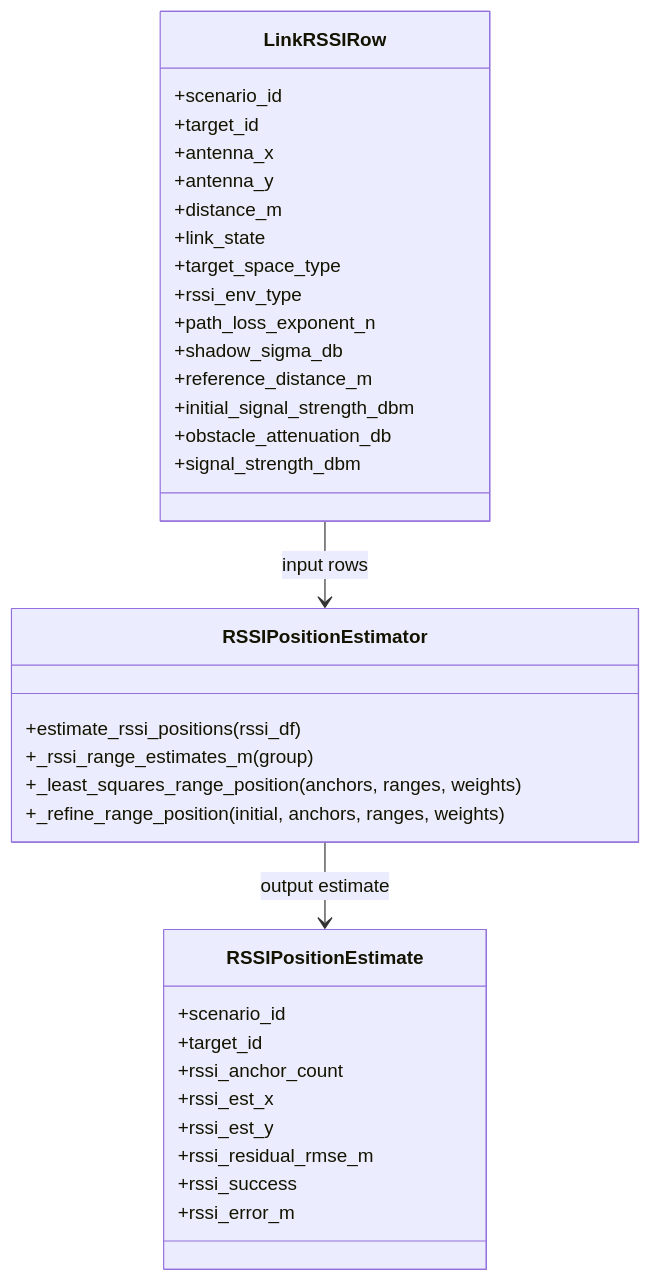
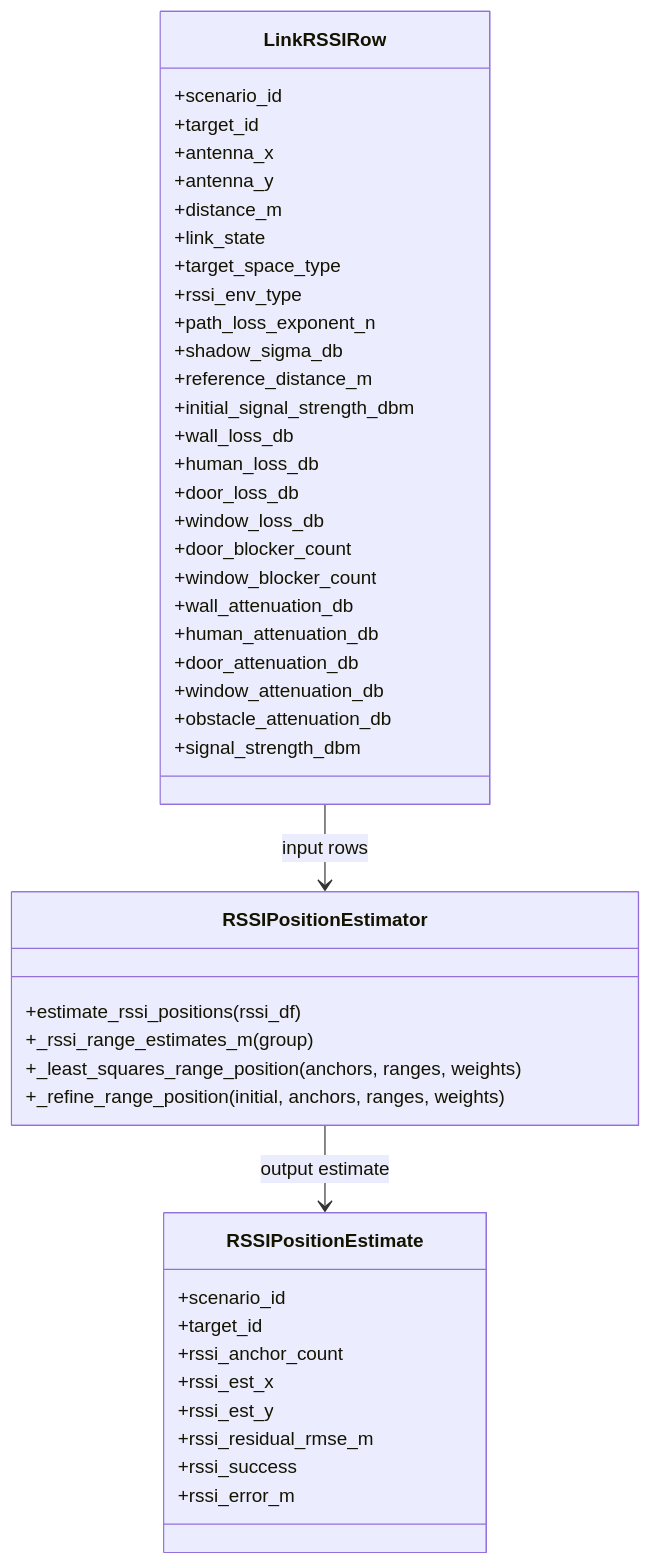
Before and after one commit to giulyEmb/DevicePositioningMLModel: the diagram in Data Generation/RSSI/README.md, drawn with Mermaid. The commit also changed other lines of this file and 5 other files, not shown here.

````diff
--- a/Data Generation/RSSI/README.md
+++ b/Data Generation/RSSI/README.md
@@ -281,40 +326,50 @@
 ```mermaid
 classDiagram
     class LinkRSSIRow {
       +scenario_id
       +target_id
       +antenna_x
       +antenna_y
       +distance_m
       +link_state
       +target_space_type
       +rssi_env_type
       +path_loss_exponent_n
       +shadow_sigma_db
       +reference_distance_m
       +initial_signal_strength_dbm
+      +wall_loss_db
+      +human_loss_db
+      +door_loss_db
+      +window_loss_db
+      +door_blocker_count
+      +window_blocker_count
+      +wall_attenuation_db
+      +human_attenuation_db
+      +door_attenuation_db
+      +window_attenuation_db
       +obstacle_attenuation_db
       +signal_strength_dbm
     }
 
     class RSSIPositionEstimator {
       +estimate_rssi_positions(rssi_df)
       +_rssi_range_estimates_m(group)
       +_least_squares_range_position(anchors, ranges, weights)
       +_refine_range_position(initial, anchors, ranges, weights)
     }
 
     class RSSIPositionEstimate {
       +scenario_id
       +target_id
       +rssi_anchor_count
       +rssi_est_x
       +rssi_est_y
       +rssi_residual_rmse_m
       +rssi_success
       +rssi_error_m
     }
 
     LinkRSSIRow --> RSSIPositionEstimator : input rows
     RSSIPositionEstimator --> RSSIPositionEstimate : output estimate
 ```
````
